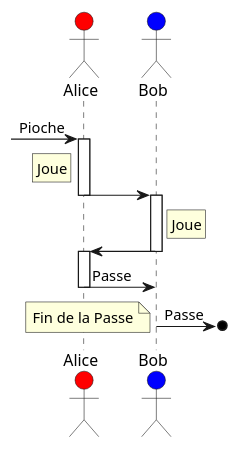
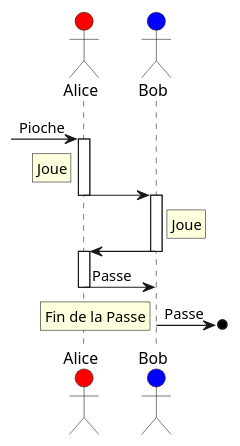
Before and after one commit to de-dale/wiki: the sixth of 7 diagrams in sphérier/référence/phases-de-jeu/combat.md, drawn with PlantUML. The commit also changed other lines of this file, not shown here.

````diff
--- a/sphérier/référence/phases-de-jeu/combat.md
+++ b/sphérier/référence/phases-de-jeu/combat.md
@@ -201,18 +203,18 @@
 ```plantuml
 actor Alice #red
 actor Bob #blue
 [-> Alice ++ : Pioche
 
 rnote left of Alice: Joue
 Alice -> Bob --
 
 activate Bob
 rnote right of Bob: Joue
 Bob -> Alice --
 
 activate Alice
 Alice -> Bob -- : Passe
 
 Bob ->o] : Passe
-note right : Fin de la Passe
+rnote right : Fin de la Passe
 ```
````
